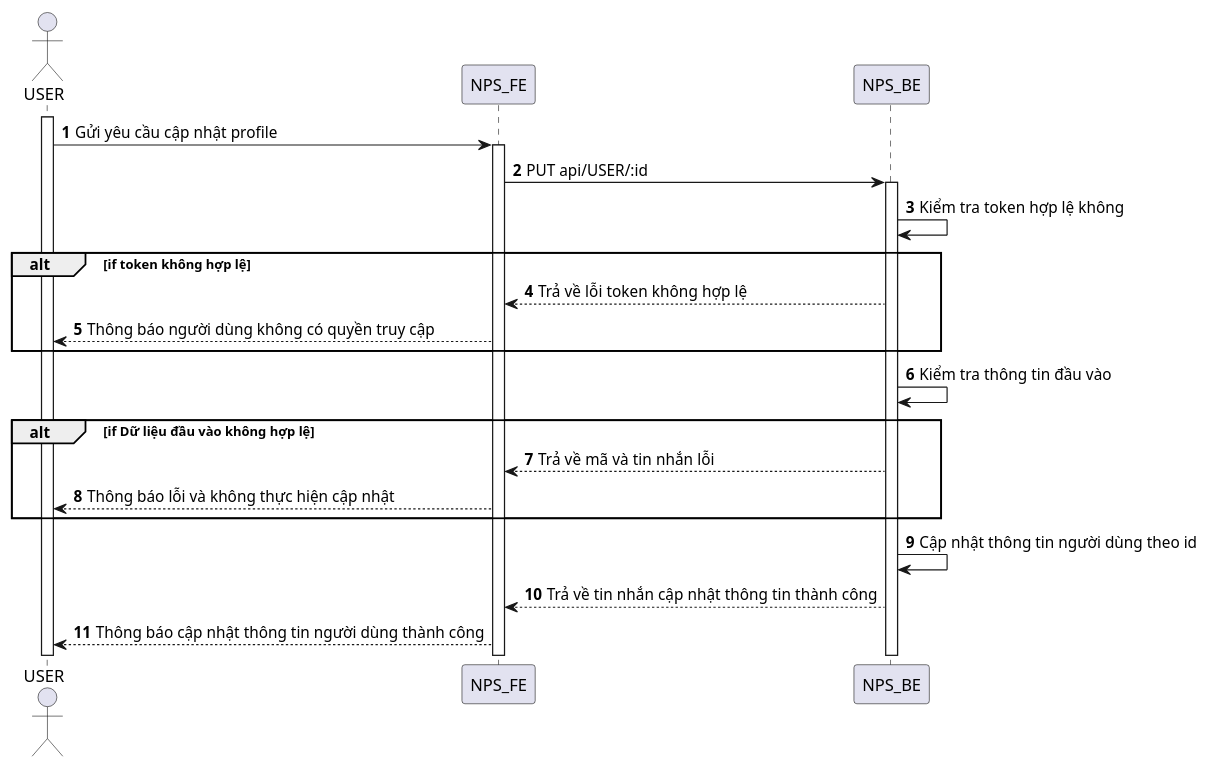
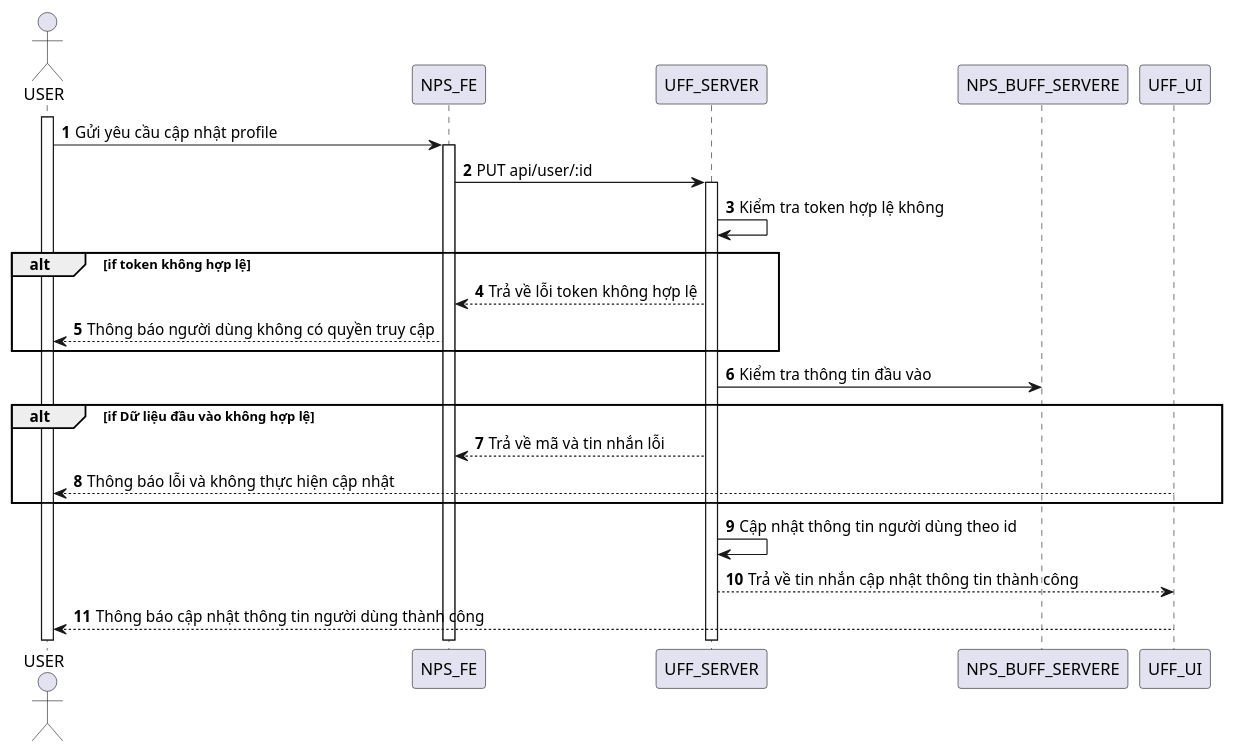
The diagram in SequenceDiagram/User/update-profile.puml (congdanh0101/fast-food), drawn with PlantUML before and after one commit. The commit also changed 177 other files, not shown here.

Commit message:
update sequence

```diff
--- a/SequenceDiagram/User/update-profile.puml
+++ b/SequenceDiagram/User/update-profile.puml
@@ -1,25 +1,25 @@
 @startuml
 autonumber
 actor USER
 activate USER
 USER -> NPS_FE: Gửi yêu cầu cập nhật profile
 activate NPS_FE
-NPS_FE -> NPS_BE: PUT api/USER/:id
-activate NPS_BE
-NPS_BE -> NPS_BE: Kiểm tra token hợp lệ không
+NPS_FE -> UFF_SERVER: PUT api/user/:id
+activate UFF_SERVER
+UFF_SERVER -> UFF_SERVER: Kiểm tra token hợp lệ không
 
 alt if token không hợp lệ
-NPS_BE --> NPS_FE: Trả về lỗi token không hợp lệ
+UFF_SERVER --> NPS_FE: Trả về lỗi token không hợp lệ
 NPS_FE --> USER: Thông báo người dùng không có quyền truy cập
 end
 
-NPS_BE -> NPS_BE:Kiểm tra thông tin đầu vào
+UFF_SERVER -> NPS_BUFF_SERVERE:Kiểm tra thông tin đầu vào
 alt if Dữ liệu đầu vào không hợp lệ
-NPS_BE --> NPS_FE: Trả về mã và tin nhắn lỗi
-NPS_FE --> USER: Thông báo lỗi và không thực hiện cập nhật
+UFF_SERVER --> NPS_FE: Trả về mã và tin nhắn lỗi
+UFF_UI --> USER: Thông báo lỗi và không thực hiện cập nhật
 end alt
 
-NPS_BE -> NPS_BE: Cập nhật thông tin người dùng theo id
-NPS_BE --> NPS_FE: Trả về tin nhắn cập nhật thông tin thành công
-NPS_FE --> USER: Thông báo cập nhật thông tin người dùng thành công
+UFF_SERVER -> UFF_SERVER: Cập nhật thông tin người dùng theo id
+UFF_SERVER --> UFF_UI: Trả về tin nhắn cập nhật thông tin thành công
+UFF_UI --> USER: Thông báo cập nhật thông tin người dùng thành công
 @enduml
```
